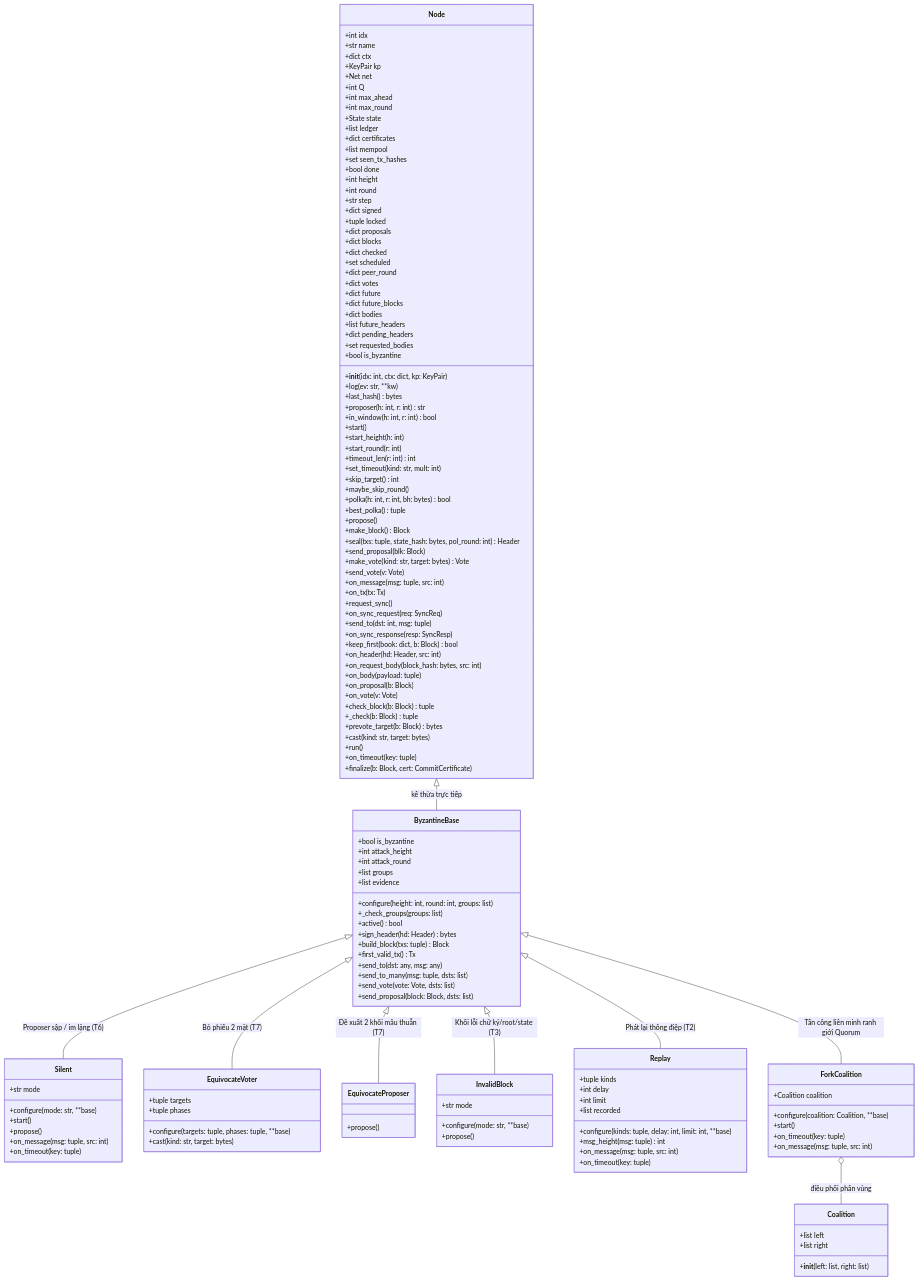
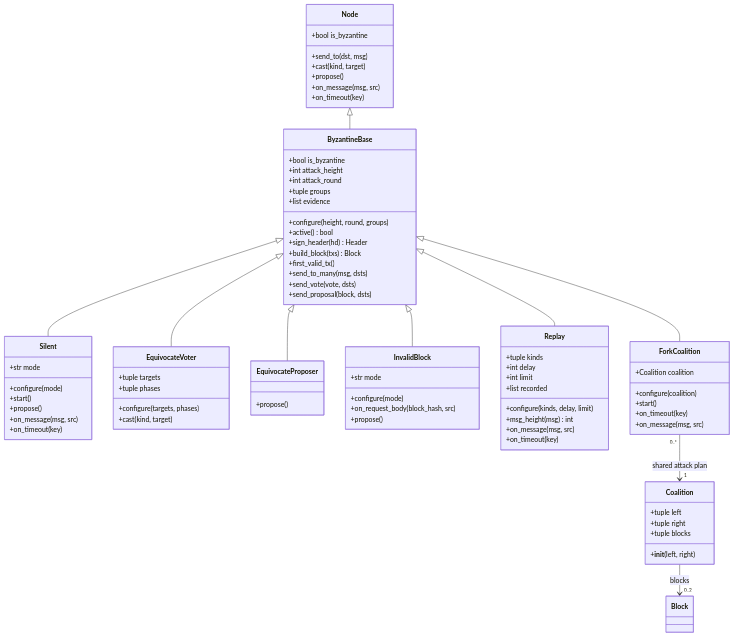
The fourth of 6 diagrams in Document/CLASS_DIAGRAMS.md (Alterix53/BlockChain-Layer1), drawn with Mermaid before and after one commit. The commit also changed other lines of this file and 6 other files, not shown here.

Commit message:
docs: update class diagrams to match implementation

````diff
--- a/Document/CLASS_DIAGRAMS.md
+++ b/Document/CLASS_DIAGRAMS.md
@@ -121,156 +269,83 @@
 ```mermaid
 classDiagram
     direction TB
-
     class Node {
-        +int idx
-        +str name
-        +dict ctx
-        +KeyPair kp
-        +Net net
-        +int Q
-        +int max_ahead
-        +int max_round
-        +State state
-        +list ledger
-        +dict certificates
-        +list mempool
-        +set seen_tx_hashes
-        +bool done
-        +int height
-        +int round
-        +str step
-        +dict signed
-        +tuple locked
-        +dict proposals
-        +dict blocks
-        +dict checked
-        +set scheduled
-        +dict peer_round
-        +dict votes
-        +dict future
-        +dict future_blocks
-        +dict bodies
-        +list future_headers
-        +dict pending_headers
-        +set requested_bodies
         +bool is_byzantine
-        +__init__(idx: int, ctx: dict, kp: KeyPair)
-        +log(ev: str, **kw)
-        +last_hash() bytes
-        +proposer(h: int, r: int) str
-        +in_window(h: int, r: int) bool
-        +start()
-        +start_height(h: int)
-        +start_round(r: int)
-        +timeout_len(r: int) int
-        +set_timeout(kind: str, mult: int)
-        +skip_target() int
-        +maybe_skip_round()
-        +polka(h: int, r: int, bh: bytes) bool
-        +best_polka() tuple
+        +send_to(dst, msg)
+        +cast(kind, target)
         +propose()
-        +make_block() Block
-        +seal(txs: tuple, state_hash: bytes, pol_round: int) Header
-        +send_proposal(blk: Block)
-        +make_vote(kind: str, target: bytes) Vote
-        +send_vote(v: Vote)
-        +on_message(msg: tuple, src: int)
-        +on_tx(tx: Tx)
-        +request_sync()
-        +on_sync_request(req: SyncReq)
-        +send_to(dst: int, msg: tuple)
-        +on_sync_response(resp: SyncResp)
-        +keep_first(book: dict, b: Block) bool
-        +on_header(hd: Header, src: int)
-        +on_request_body(block_hash: bytes, src: int)
-        +on_body(payload: tuple)
-        +on_proposal(b: Block)
-        +on_vote(v: Vote)
-        +check_block(b: Block) tuple
-        +_check(b: Block) tuple
-        +prevote_target(b: Block) bytes
-        +cast(kind: str, target: bytes)
-        +run()
-        +on_timeout(key: tuple)
-        +finalize(b: Block, cert: CommitCertificate)
+        +on_message(msg, src)
+        +on_timeout(key)
     }
-
     class ByzantineBase {
         +bool is_byzantine
         +int attack_height
         +int attack_round
-        +list groups
+        +tuple groups
         +list evidence
-        +configure(height: int, round: int, groups: list)
-        +_check_groups(groups: list)
+        +configure(height, round, groups)
         +active() bool
-        +sign_header(hd: Header) bytes
-        +build_block(txs: tuple) Block
-        +first_valid_tx() Tx
-        +send_to(dst: any, msg: any)
-        +send_to_many(msg: tuple, dsts: list)
-        +send_vote(vote: Vote, dsts: list)
-        +send_proposal(block: Block, dsts: list)
+        +sign_header(hd) Header
+        +build_block(txs) Block
+        +first_valid_tx()
+        +send_to_many(msg, dsts)
+        +send_vote(vote, dsts)
+        +send_proposal(block, dsts)
     }
-
     class Silent {
         +str mode
-        +configure(mode: str, **base)
+        +configure(mode)
         +start()
         +propose()
-        +on_message(msg: tuple, src: int)
-        +on_timeout(key: tuple)
+        +on_message(msg, src)
+        +on_timeout(key)
     }
-
     class EquivocateVoter {
         +tuple targets
         +tuple phases
-        +configure(targets: tuple, phases: tuple, **base)
-        +cast(kind: str, target: bytes)
+        +configure(targets, phases)
+        +cast(kind, target)
     }
-
     class EquivocateProposer {
         +propose()
     }
-
     class InvalidBlock {
         +str mode
-        +configure(mode: str, **base)
+        +configure(mode)
+        +on_request_body(block_hash, src)
         +propose()
     }
-
     class Replay {
         +tuple kinds
         +int delay
         +int limit
         +list recorded
-        +configure(kinds: tuple, delay: int, limit: int, **base)
-        +msg_height(msg: tuple) int
-        +on_message(msg: tuple, src: int)
-        +on_timeout(key: tuple)
+        +configure(kinds, delay, limit)
+        +msg_height(msg) int
+        +on_message(msg, src)
+        +on_timeout(key)
     }
-
-    class Coalition {
-        +list left
-        +list right
-        +__init__(left: list, right: list)
-    }
-
     class ForkCoalition {
         +Coalition coalition
-        +configure(coalition: Coalition, **base)
+        +configure(coalition)
         +start()
-        +on_timeout(key: tuple)
-        +on_message(msg: tuple, src: int)
+        +on_timeout(key)
+        +on_message(msg, src)
     }
-
-    Node <|-- ByzantineBase : kế thừa trực tiếp
-    ByzantineBase <|-- Silent : Proposer sập / im lặng (T6)
-    ByzantineBase <|-- EquivocateVoter : Bỏ phiếu 2 mặt (T7)
-    ByzantineBase <|-- EquivocateProposer : Đề xuất 2 khối mâu thuẫn (T7)
-    ByzantineBase <|-- InvalidBlock : Khối lỗi chữ ký/root/state (T3)
-    ByzantineBase <|-- Replay : Phát lại thông điệp (T2)
-    ByzantineBase <|-- ForkCoalition : Tấn công liên minh ranh giới Quorum
-    ForkCoalition o-- Coalition : điều phối phân vùng
+    class Coalition {
+        +tuple left
+        +tuple right
+        +tuple blocks
+        +__init__(left, right)
+    }
+    Node <|-- ByzantineBase
+    ByzantineBase <|-- Silent
+    ByzantineBase <|-- EquivocateVoter
+    ByzantineBase <|-- EquivocateProposer
+    ByzantineBase <|-- InvalidBlock
+    ByzantineBase <|-- Replay
+    ByzantineBase <|-- ForkCoalition
+    ForkCoalition "0..*" --> "1" Coalition : shared attack plan
+    Coalition --> "0..2" Block : blocks
+    class Block
 ```
````
